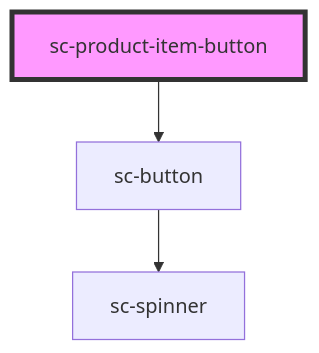
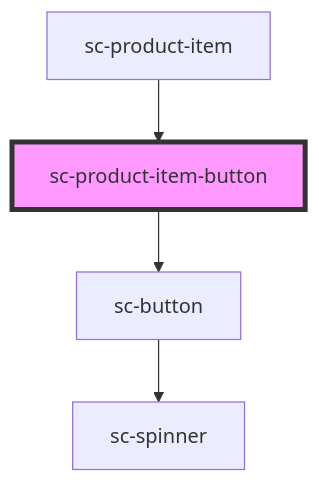
Before and after one commit to surecart/surecart-wp-plugin: the diagram in packages/components/src/components/controllers/products/sc-product-item-button/readme.md, drawn with Mermaid. The commit also changed other lines of this file and 26 other files, not shown here.

````diff
--- a/packages/components/src/components/controllers/products/sc-product-item-button/readme.md
+++ b/packages/components/src/components/controllers/products/sc-product-item-button/readme.md
@@ -15,6 +19,7 @@
 ```mermaid
 graph TD;
   sc-product-item-button --> sc-button
   sc-button --> sc-spinner
+  sc-product-item --> sc-product-item-button
   style sc-product-item-button fill:#f9f,stroke:#333,stroke-width:4px
 ```
````
